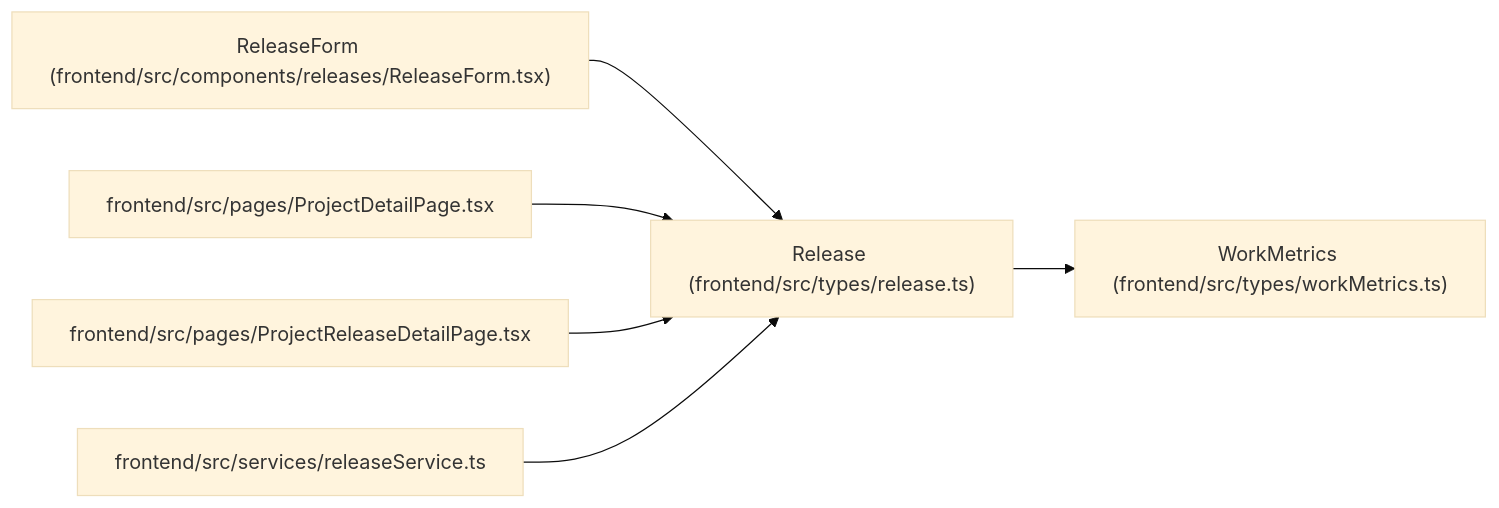
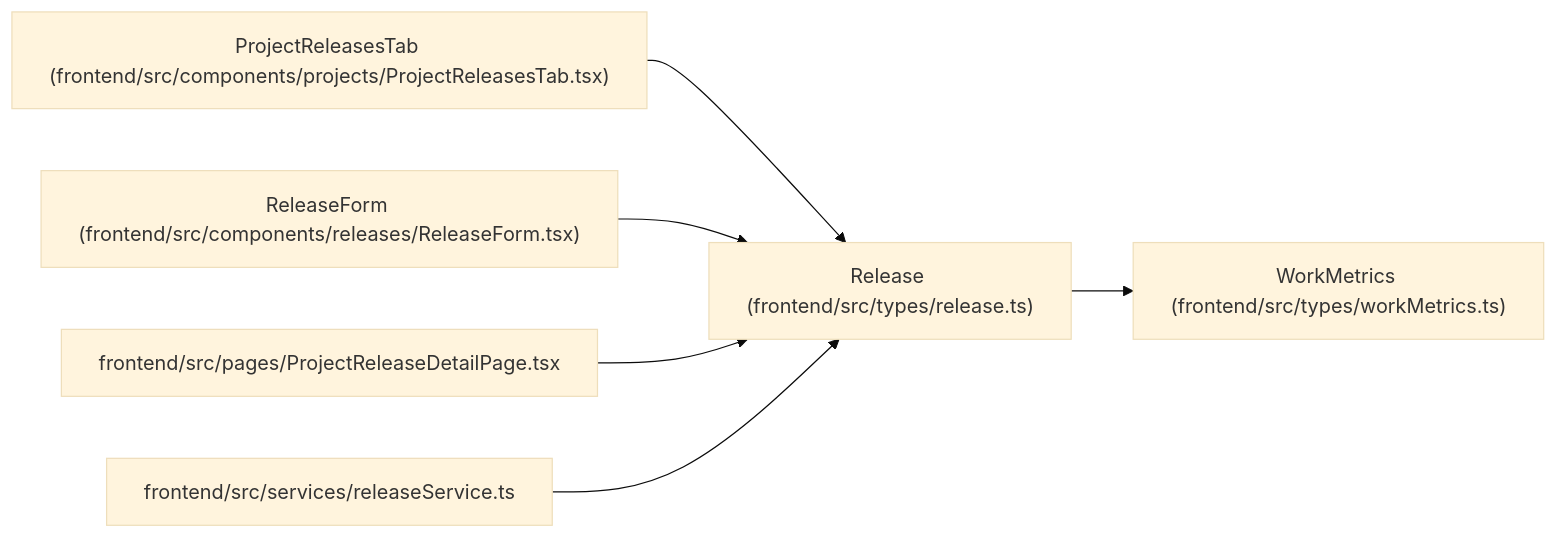
The diagram in docs/llm_wiki/entities/types_release_Release.md (Denissvgn/WorkChord), drawn with Mermaid (base theme) before and after one commit. The commit also changed other lines of this file and 2373 other files, not shown here.

````diff
--- a/docs/llm_wiki/entities/types_release_Release.md
+++ b/docs/llm_wiki/entities/types_release_Release.md
@@ -37,20 +37,20 @@
 ```mermaid
 flowchart LR
     n0["Release (frontend/src/types/release.ts)"]
     n1["WorkMetrics (frontend/src/types/workMetrics.ts)"]
-    n2["ReleaseForm (frontend/src/components/releases/ReleaseForm.tsx)"]
-    n3["frontend/src/pages/ProjectDetailPage.tsx"]
+    n2["ProjectReleasesTab (frontend/src/components/projects/ProjectReleasesTab.tsx)"]
+    n3["ReleaseForm (frontend/src/components/releases/ReleaseForm.tsx)"]
     n4["frontend/src/pages/ProjectReleaseDetailPage.tsx"]
     n5["frontend/src/services/releaseService.ts"]
     n0 --> n1
     n2 --> n0
     n3 --> n0
     n4 --> n0
     n5 --> n0
     click n0 "../modules/types_release.md"
     click n1 "../modules/workMetrics.md"
-    click n2 "../modules/ReleaseForm.md"
-    click n3 "../modules/ProjectDetailPage.md"
+    click n2 "../modules/ProjectReleasesTab.md"
+    click n3 "../modules/ReleaseForm.md"
     click n4 "../modules/ProjectReleaseDetailPage.md"
     click n5 "../modules/releaseService.md"
 ```
````
